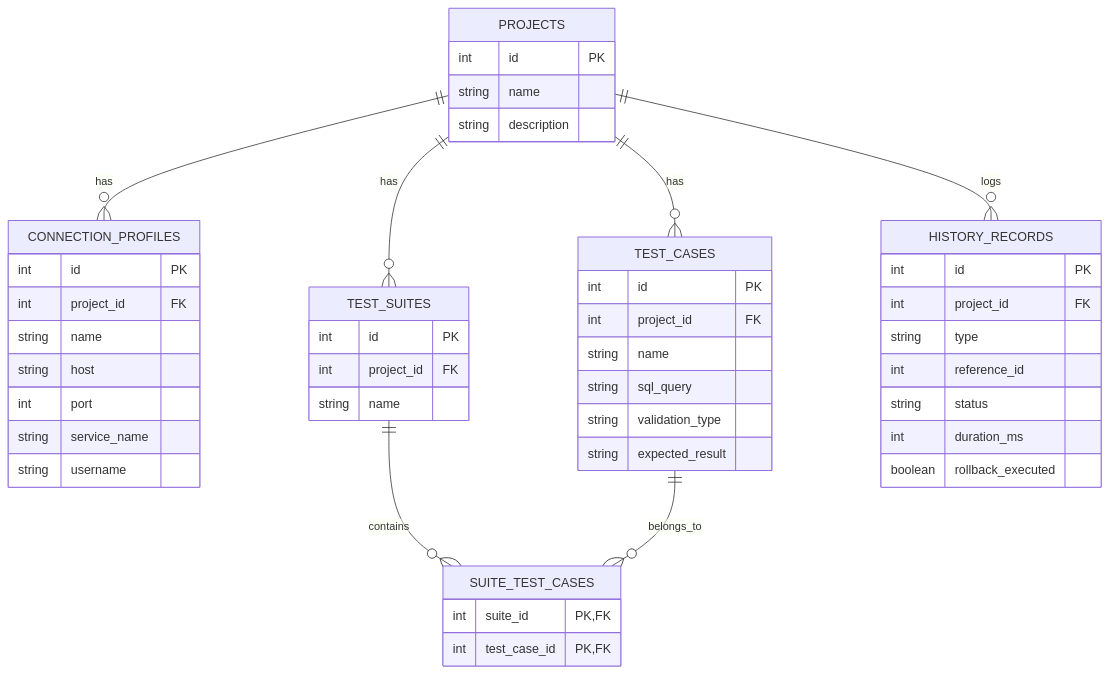
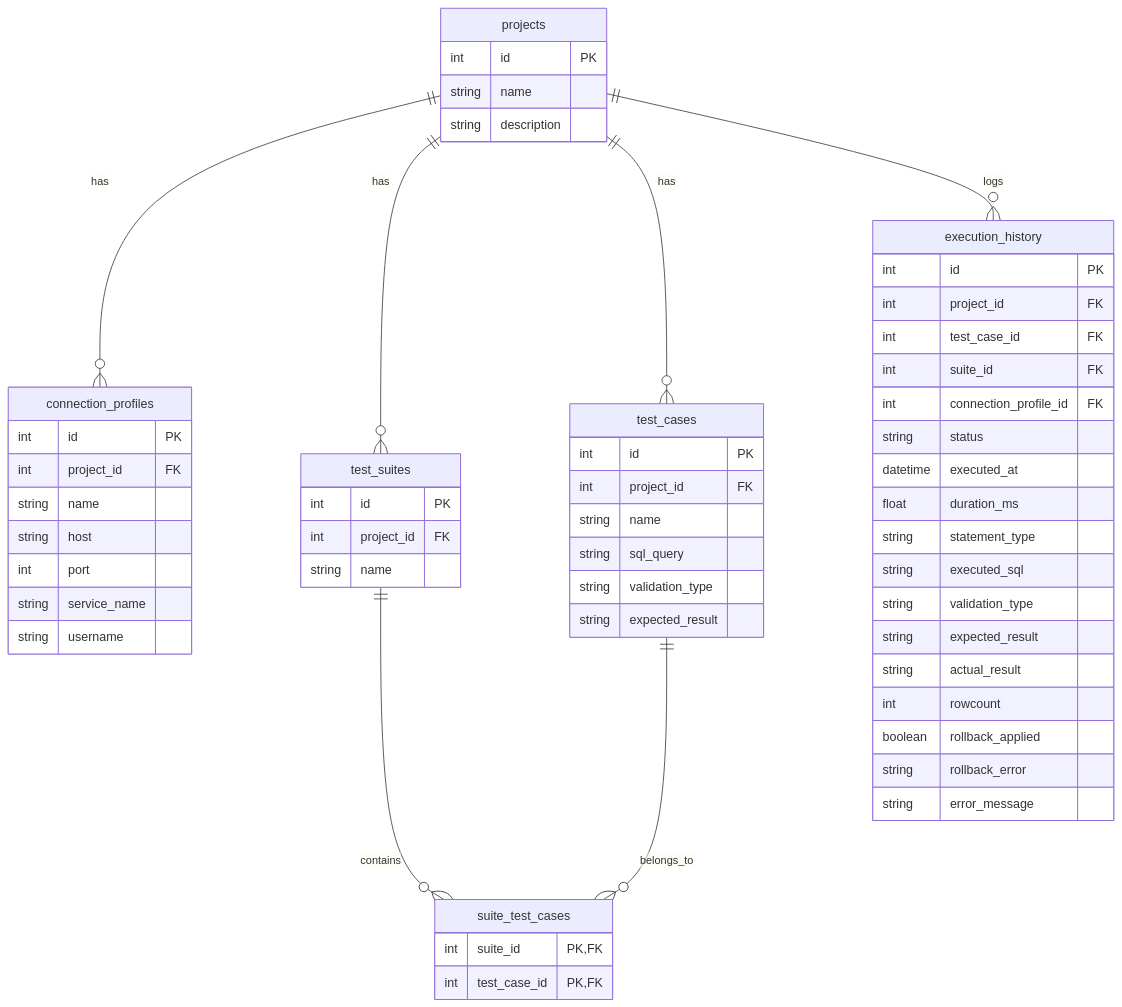
The diagram in framework-pruebas-sql/docs/diagramas/base_datos.mermaid (Geraldzvallos/framework-pruebas-sql-publico), drawn with Mermaid before and after one commit. The commit also changed 17 other files, not shown here.

```diff
--- a/framework-pruebas-sql/docs/diagramas/base_datos.mermaid
+++ b/framework-pruebas-sql/docs/diagramas/base_datos.mermaid
@@ -1,48 +1,58 @@
 erDiagram
-    PROJECTS ||--o{ CONNECTION_PROFILES : has
-    PROJECTS ||--o{ TEST_CASES : has
-    PROJECTS ||--o{ TEST_SUITES : has
-    PROJECTS ||--o{ HISTORY_RECORDS : logs
-    TEST_SUITES ||--o{ SUITE_TEST_CASES : contains
-    TEST_CASES ||--o{ SUITE_TEST_CASES : belongs_to
+    projects ||--o{ connection_profiles : has
+    projects ||--o{ test_cases : has
+    projects ||--o{ test_suites : has
+    projects ||--o{ execution_history : logs
+    test_suites ||--o{ suite_test_cases : contains
+    test_cases ||--o{ suite_test_cases : belongs_to
 
-    PROJECTS {
+    projects {
         int id PK
         string name
         string description
     }
-    CONNECTION_PROFILES {
+    connection_profiles {
         int id PK
         int project_id FK
         string name
         string host
         int port
         string service_name
         string username
     }
-    TEST_CASES {
+    test_cases {
         int id PK
         int project_id FK
         string name
         string sql_query
         string validation_type
         string expected_result
     }
-    TEST_SUITES {
+    test_suites {
         int id PK
         int project_id FK
         string name
     }
-    SUITE_TEST_CASES {
+    suite_test_cases {
         int suite_id PK,FK
         int test_case_id PK,FK
     }
-    HISTORY_RECORDS {
+    execution_history {
         int id PK
         int project_id FK
-        string type
-        int reference_id
+        int test_case_id FK
+        int suite_id FK
+        int connection_profile_id FK
         string status
-        int duration_ms
-        boolean rollback_executed
+        datetime executed_at
+        float duration_ms
+        string statement_type
+        string executed_sql
+        string validation_type
+        string expected_result
+        string actual_result
+        int rowcount
+        boolean rollback_applied
+        string rollback_error
+        string error_message
     }
```
